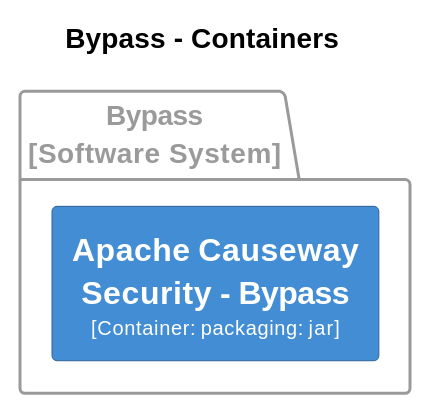
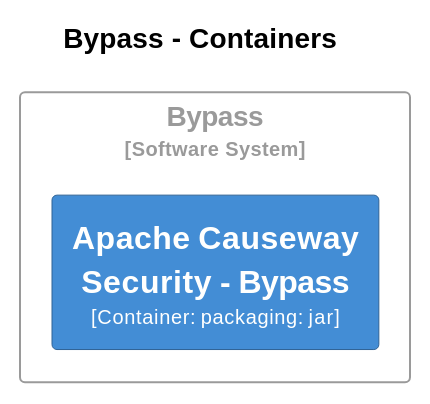
One commit to apache/causeway changed diagram 11 of 31 in core/adoc/modules/_overview/pages/about.adoc. Above: the diagram before and after it, drawn with PlantUML. The commit also changed other lines of this file and 4 other files, not shown here.

```diff
--- a/core/adoc/modules/_overview/pages/about.adoc
+++ b/core/adoc/modules/_overview/pages/about.adoc
@@ -2242,33 +2484,33 @@
 [plantuml,Bypass,svg]
 ----
 @startuml
 set separator none
 title Bypass - Containers
 
 left to right direction
 
 skinparam {
   shadowing false
   arrowFontSize 10
   defaultTextAlignment center
   wrapWidth 200
   maxMessageSize 100
 }
 
 hide stereotype
 
 skinparam rectangle<<Bypass.ApacheCausewaySecurityBypass>> {
   BackgroundColor #438dd5
   FontColor #fffffe
   BorderColor #2e6295
 }
 
-package "Bypass\n[Software System]" <<Bypass>> {
-  skinparam PackageBorderColor<<Bypass>> #9a9a9a
-  skinparam PackageFontColor<<Bypass>> #9a9a9a
+rectangle "Bypass\n<size:10>[Software System]</size>" <<Bypass>> {
+  skinparam RectangleBorderColor<<Bypass>> #9a9a9a
+  skinparam RectangleFontColor<<Bypass>> #9a9a9a
 
   rectangle "==Apache Causeway Security - Bypass\n<size:10>[Container: packaging: jar]</size>" <<Bypass.ApacheCausewaySecurityBypass>> as Bypass.ApacheCausewaySecurityBypass
 }
 
 @enduml
 ----
```
